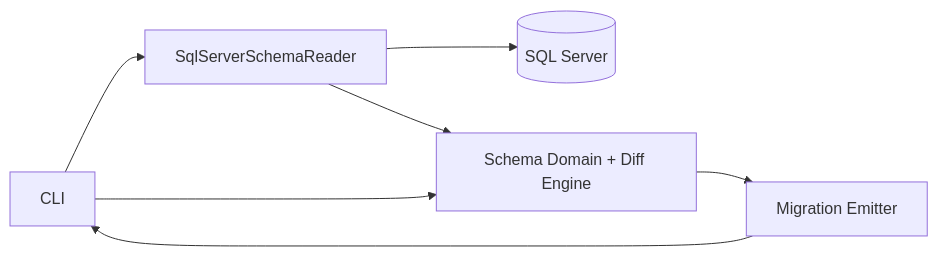
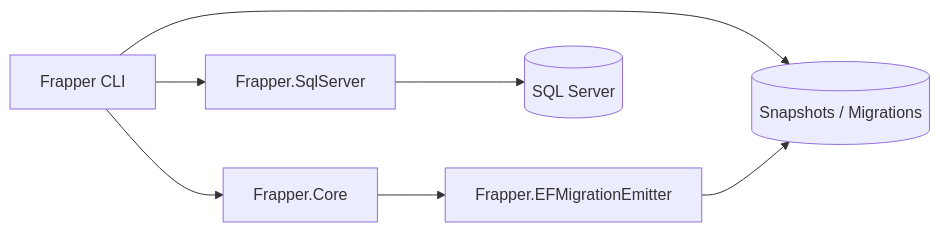
Before and after one commit to gonzaromeroatton/frapper: the first of 4 diagrams in ARCHITECTURE.md, drawn with Mermaid. The commit also changed other lines of this file, not shown here.

Commit message:
Actualiza la documentación de arquitectura de Frapper para reflejar cambios en los principios de diseño, componentes del sistema y flujos de trabajo. Mejora la claridad y estructura del contenido.

````diff
--- a/ARCHITECTURE.md
+++ b/ARCHITECTURE.md
@@ -40,15 +65,23 @@
 ```mermaid
 flowchart LR
-    CLI[CLI]
-    DB[(SQL Server)]
-    Reader[SqlServerSchemaReader]
-    Core[Schema Domain + Diff Engine]
-    Emitter[Migration Emitter]
 
-    CLI --> Reader
-    Reader --> DB
-    Reader --> Core
-    CLI --> Core
-    Core --> Emitter
-    Emitter --> CLI
+CLI[Frapper CLI]
+
+Core[Frapper.Core]
+
+SqlServer[Frapper.SqlServer]
+
+Emitter[Frapper.EFMigrationEmitter]
+
+DB[(SQL Server)]
+
+Files[(Snapshots / Migrations)]
+
+CLI --> Core
+CLI --> SqlServer
+Core --> Emitter
+
+SqlServer --> DB
+CLI --> Files
+Emitter --> Files
 ```
````
